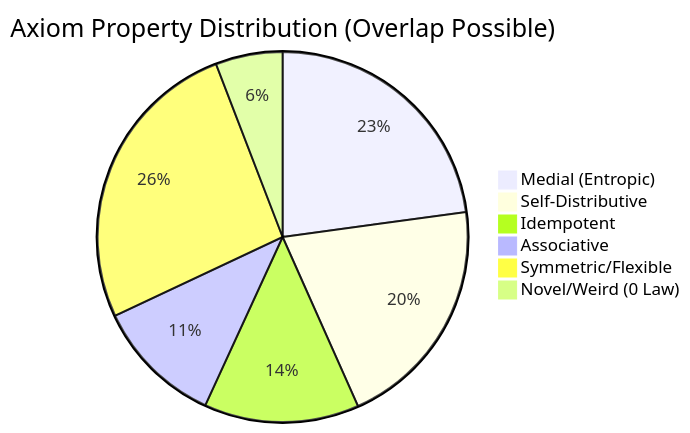
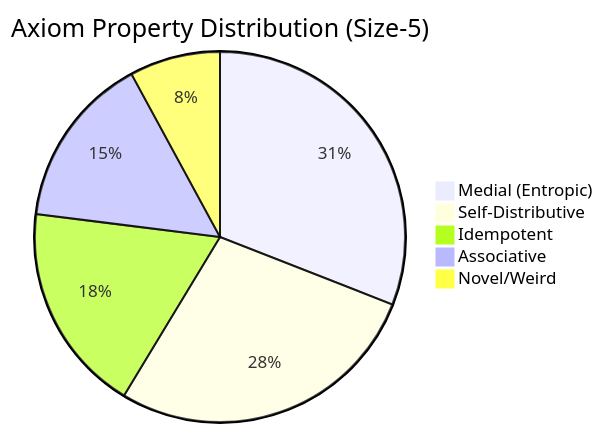
The diagram in STATISTICS.md (Kendiukhov/axlab), drawn with Mermaid before and after one commit. The commit also changed other lines of this file and 2 other files, not shown here.

Commit message:
Local Fix: Repaired Axiom Atlas & Diagonal Logic (Size-7 Progress Preserved)

````diff
--- a/STATISTICS.md
+++ b/STATISTICS.md
@@ -21,9 +28,8 @@
 ```mermaid
-pie title Axiom Property Distribution (Overlap Possible)
+pie title Axiom Property Distribution (Size-5)
     "Medial (Entropic)" : 125
     "Self-Distributive" : 112
     "Idempotent" : 74
     "Associative" : 61
-    "Symmetric/Flexible" : 143
-    "Novel/Weird (0 Law)" : 32
+    "Novel/Weird" : 32
 ```
````
